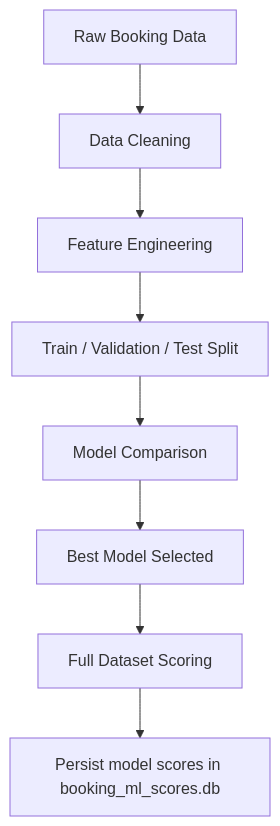
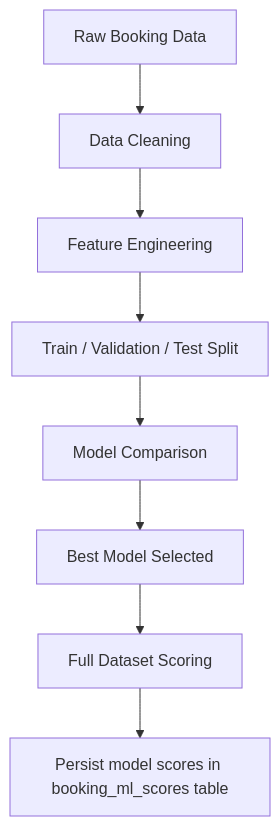
The second of 3 diagrams in OVERALL_ARCHITECTURE.md (baqspaces/hotel-noshow-prediction-llm-agent), drawn with Mermaid before and after one commit. The commit also changed 4 other files, not shown here.

````diff
--- a/OVERALL_ARCHITECTURE.md
+++ b/OVERALL_ARCHITECTURE.md
@@ -29,10 +29,10 @@
 ```mermaid
 flowchart TD
     A[Raw Booking Data] --> B[Data Cleaning]
     B --> C[Feature Engineering]
     C --> D[Train / Validation / Test Split]
     D --> E[Model Comparison]
     E --> F[Best Model Selected]
     F --> G[Full Dataset Scoring]
-    G --> H[Persist model scores in booking_ml_scores.db]
+    G --> H[Persist model scores in booking_ml_scores table]
 ```
````
